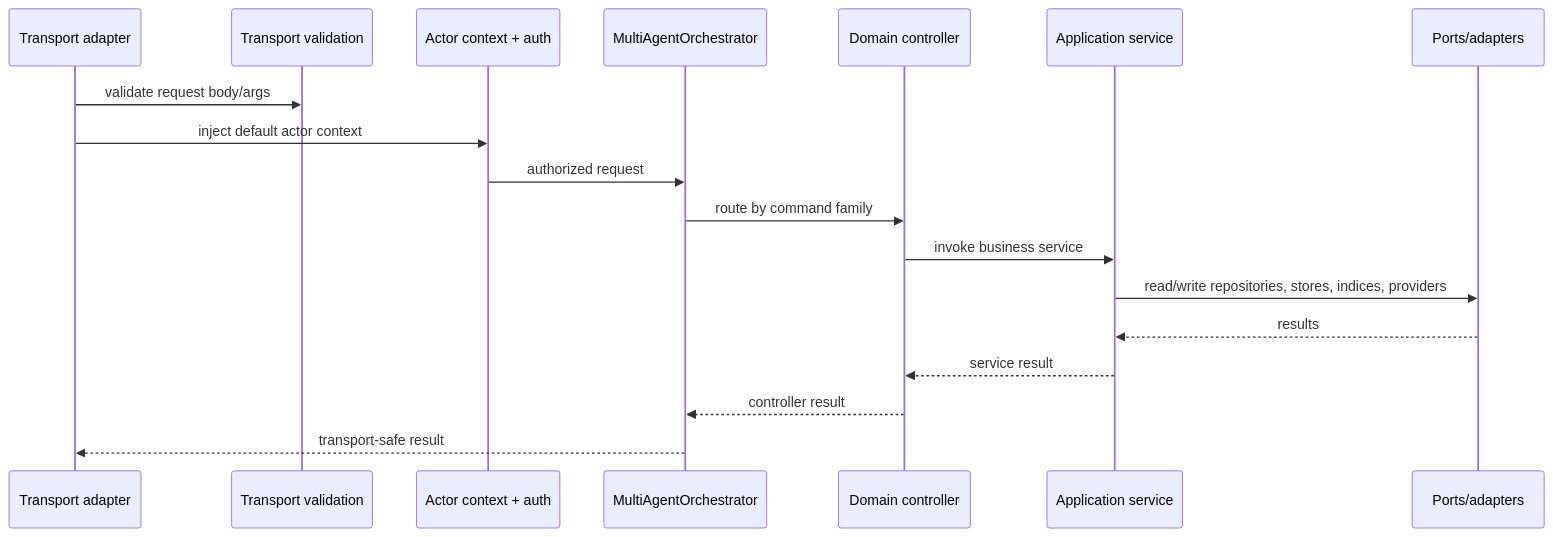
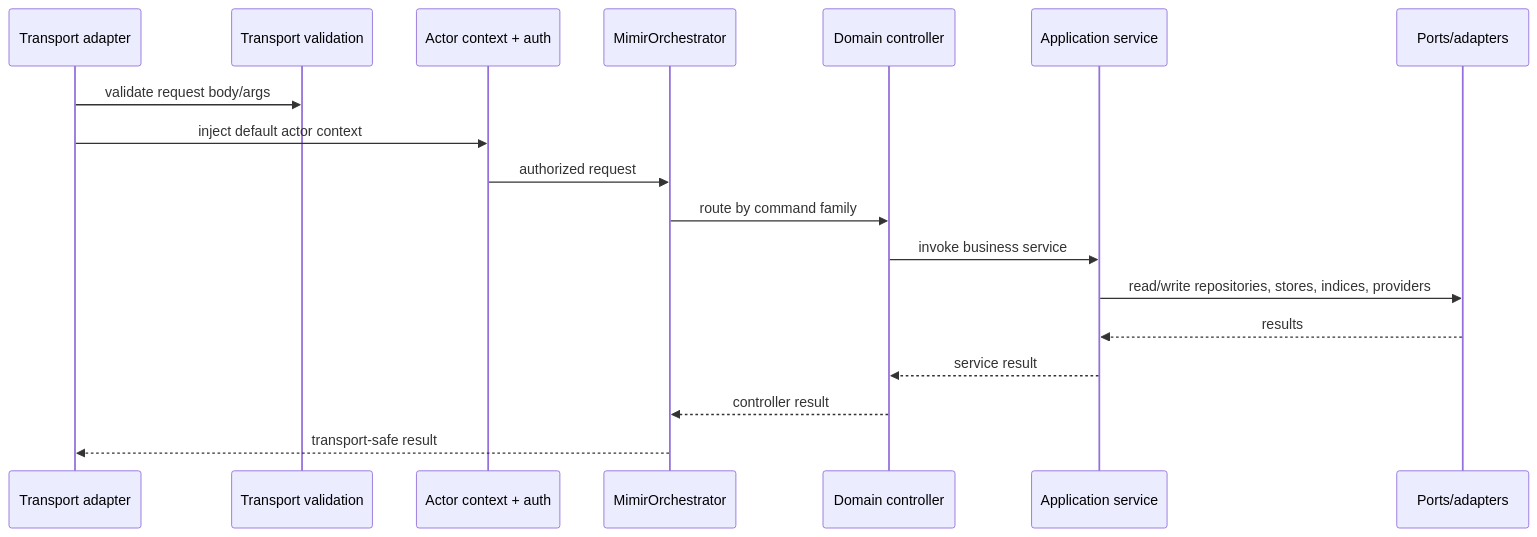
Before and after one commit to AndreGejm/MimisBrunnr: the second of 3 diagrams in documentation/architecture/runtime-flow.md, drawn with Mermaid. The commit also changed other lines of this file and 202 other files, not shown here.

````diff
--- a/documentation/architecture/runtime-flow.md
+++ b/documentation/architecture/runtime-flow.md
@@ -28,21 +28,21 @@
 ```mermaid
 sequenceDiagram
   participant T as Transport adapter
   participant V as Transport validation
   participant A as Actor context + auth
-  participant O as MultiAgentOrchestrator
+  participant O as MimirOrchestrator
   participant C as Domain controller
   participant S as Application service
   participant P as Ports/adapters
 
   T->>V: validate request body/args
   T->>A: inject default actor context
   A->>O: authorized request
   O->>C: route by command family
   C->>S: invoke business service
   S->>P: read/write repositories, stores, indices, providers
   P-->>S: results
   S-->>C: service result
   C-->>O: controller result
   O-->>T: transport-safe result
 ```
````
